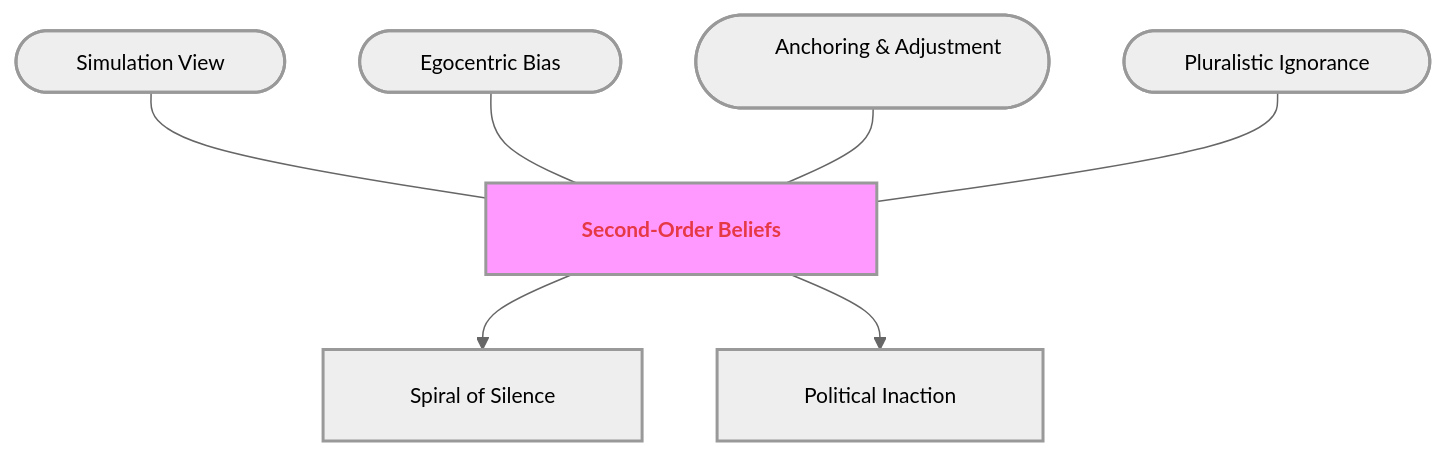
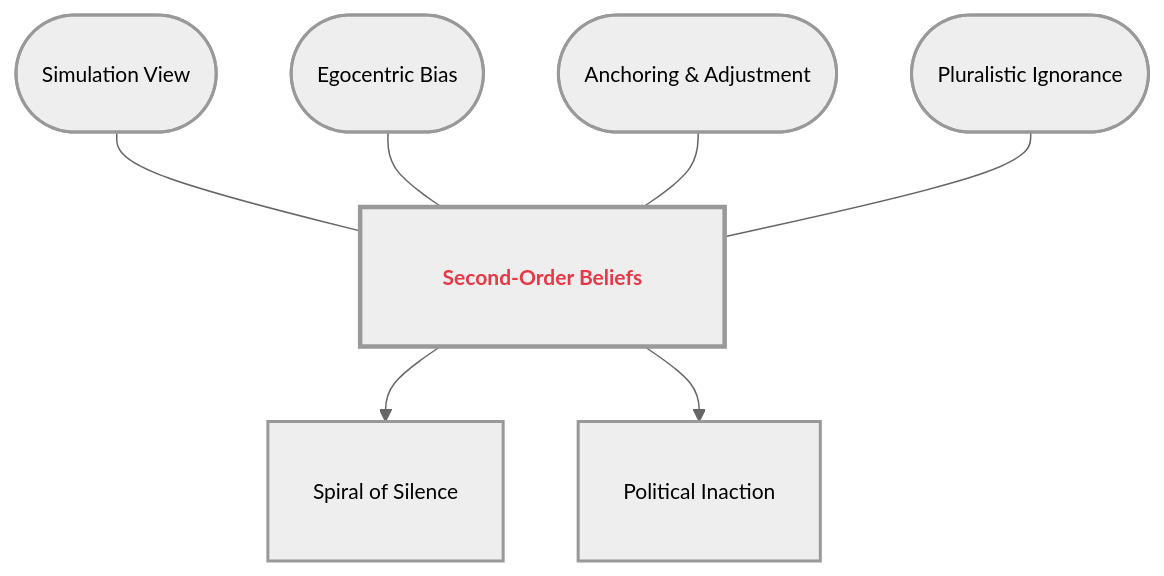
Before and after one commit to GM024/CourseSummaries: the second of 8 diagrams in Communication_Influence/Mastery_Guide_SOW_BS033.md, drawn with Mermaid. The commit also changed other lines of this file, not shown here.

Commit message:
Dynamic Box Standard: CSS-driven padding and HTML bolding for perfect diagram rendering

````diff
--- a/Communication_Influence/Mastery_Guide_SOW_BS033.md
+++ b/Communication_Influence/Mastery_Guide_SOW_BS033.md
@@ -68,16 +68,16 @@
 ```mermaid
-%%{init: { 'flowchart': { 'padding': 20, 'nodeSpacing': 50, 'rankSpacing': 50, 'useMaxWidth': false }, 'theme': 'neutral', 'themeVariables': { 'fontSize': '14px' }}}%%
+%%{init: { 'flowchart': { 'useMaxWidth': false, 'htmlLabels': true }, 'theme': 'neutral', 'themeVariables': { 'fontSize': '14px' }}}%%
 graph TD
-    Hub["&nbsp;&nbsp;&nbsp;&nbsp;&nbsp;&nbsp; <span style='color:#e63946'><b>Second-Order Beliefs</b></span> &nbsp;&nbsp;&nbsp;&nbsp;&nbsp;&nbsp;"]:::hubNode
+    classDef sandbox padding-left:20px,padding-right:20px,padding-top:10px,padding-bottom:10px,stroke-width:2px;
+    classDef hub padding-left:25px,padding-right:25px,padding-top:15px,padding-bottom:15px,stroke-width:3px,font-weight:bold;
+
+    Hub["<span style='color:#e63946'><b>Second-Order Beliefs</b></span>"]:::hub
     
-    S1(["&nbsp;&nbsp;&nbsp;&nbsp;&nbsp;&nbsp; Simulation View &nbsp;&nbsp;&nbsp;&nbsp;&nbsp;&nbsp;"]) --- Hub
-    S2(["&nbsp;&nbsp;&nbsp;&nbsp;&nbsp;&nbsp; Egocentric Bias &nbsp;&nbsp;&nbsp;&nbsp;&nbsp;&nbsp;"]) --- Hub
-    S3(["&nbsp;&nbsp;&nbsp;&nbsp;&nbsp;&nbsp; Anchoring & Adjustment &nbsp;&nbsp;&nbsp;&nbsp;&nbsp;&nbsp;"]) --- Hub
-    S4(["&nbsp;&nbsp;&nbsp;&nbsp;&nbsp;&nbsp; Pluralistic Ignorance &nbsp;&nbsp;&nbsp;&nbsp;&nbsp;&nbsp;"]) --- Hub
+    S1(["Simulation View"]):::sandbox --- Hub
+    S2(["Egocentric Bias"]):::sandbox --- Hub
+    S3(["Anchoring & Adjustment"]):::sandbox --- Hub
+    S4(["Pluralistic Ignorance"]):::sandbox --- Hub
     
-    Hub --> B1["&nbsp;&nbsp;&nbsp;&nbsp; Spiral of Silence &nbsp;&nbsp;&nbsp;&nbsp;"]
-    Hub --> B2["&nbsp;&nbsp;&nbsp;&nbsp; Political Inaction &nbsp;&nbsp;&nbsp;&nbsp;"]
-    
-    classDef hubNode font-weight:bold,stroke-width:2px,fill:#f9f;
-    classDef default stroke-width:2px;
+    Hub --> B1["Spiral of Silence"]:::sandbox
+    Hub --> B2["Political Inaction"]:::sandbox
 ```
````
